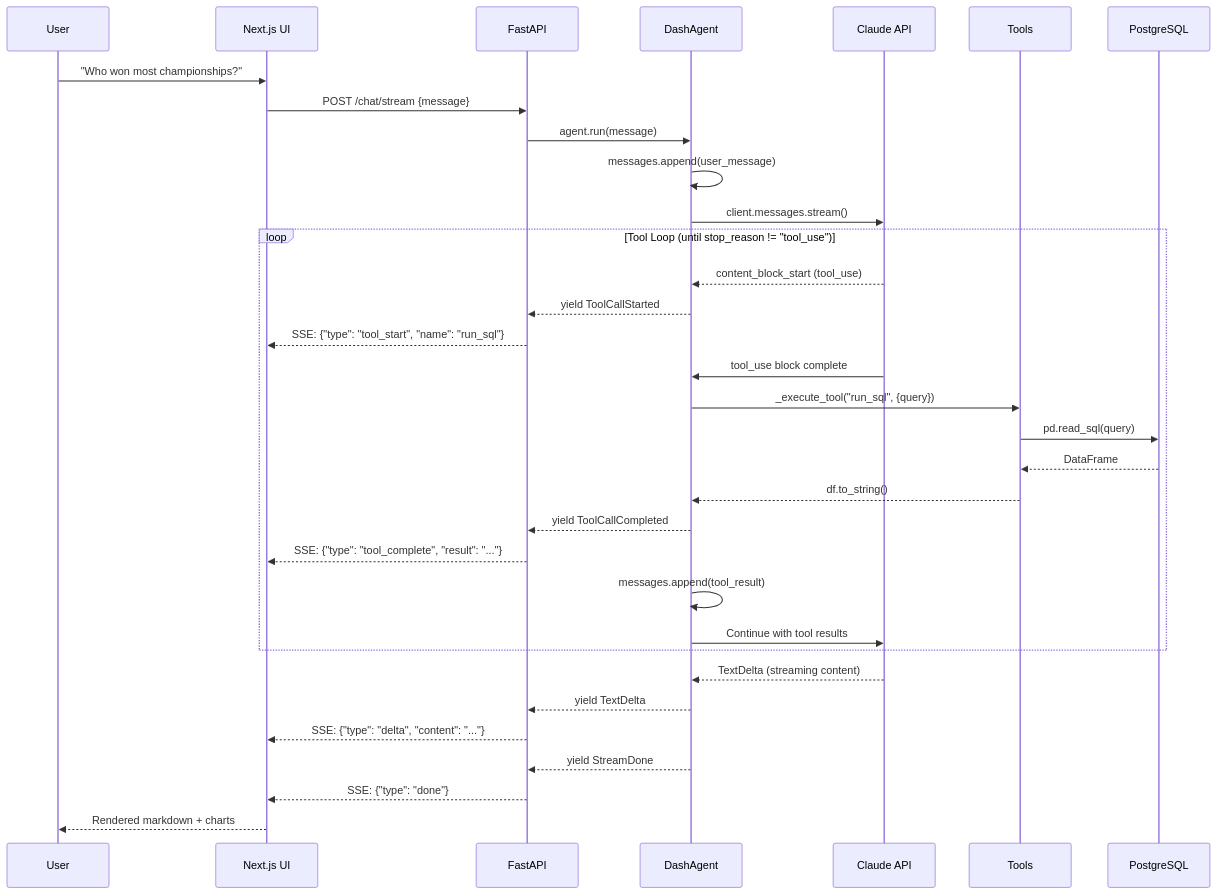
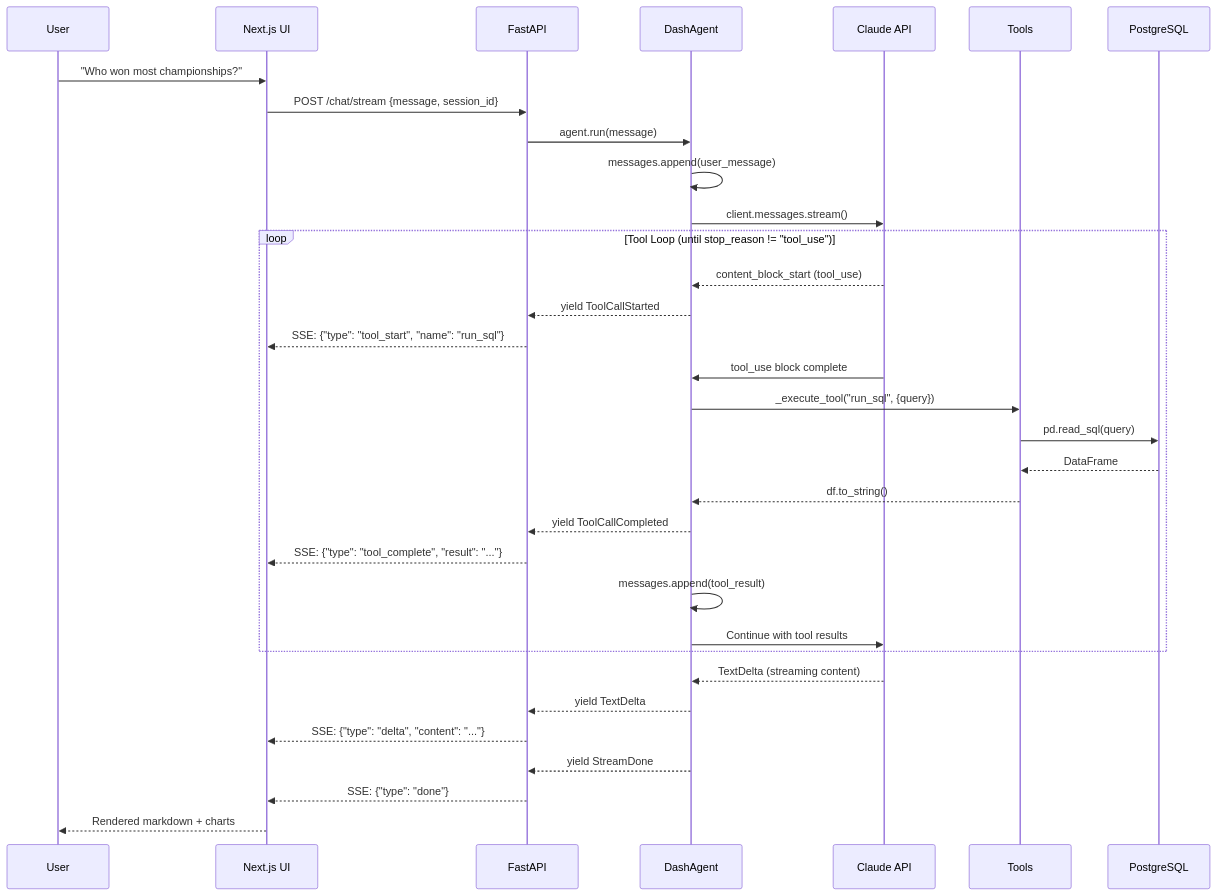
The second of 2 diagrams in CLAUDE.md (vibedatascience/dash_trial), drawn with Mermaid before and after one commit. The commit also changed other lines of this file, not shown here.

Commit message:
Update CLAUDE.md: Homebrew Postgres, session isolation, temp dirs, Haiku titles

````diff
--- a/CLAUDE.md
+++ b/CLAUDE.md
@@ -72,42 +74,42 @@
 ```mermaid
 sequenceDiagram
     participant User
     participant Frontend as Next.js UI
     participant API as FastAPI
     participant Agent as DashAgent
     participant Claude as Claude API
     participant Tools
     participant DB as PostgreSQL
 
     User->>Frontend: "Who won most championships?"
-    Frontend->>API: POST /chat/stream {message}
+    Frontend->>API: POST /chat/stream {message, session_id}
     API->>Agent: agent.run(message)
     Agent->>Agent: messages.append(user_message)
     Agent->>Claude: client.messages.stream()
 
     loop Tool Loop (until stop_reason != "tool_use")
         Claude-->>Agent: content_block_start (tool_use)
         Agent-->>API: yield ToolCallStarted
         API-->>Frontend: SSE: {"type": "tool_start", "name": "run_sql"}
 
         Claude->>Agent: tool_use block complete
         Agent->>Tools: _execute_tool("run_sql", {query})
         Tools->>DB: pd.read_sql(query)
         DB-->>Tools: DataFrame
         Tools-->>Agent: df.to_string()
 
         Agent-->>API: yield ToolCallCompleted
         API-->>Frontend: SSE: {"type": "tool_complete", "result": "..."}
 
         Agent->>Agent: messages.append(tool_result)
         Agent->>Claude: Continue with tool results
     end
 
     Claude-->>Agent: TextDelta (streaming content)
     Agent-->>API: yield TextDelta
     API-->>Frontend: SSE: {"type": "delta", "content": "..."}
 
     Agent-->>API: yield StreamDone
     API-->>Frontend: SSE: {"type": "done"}
     Frontend-->>User: Rendered markdown + charts
 ```
````
